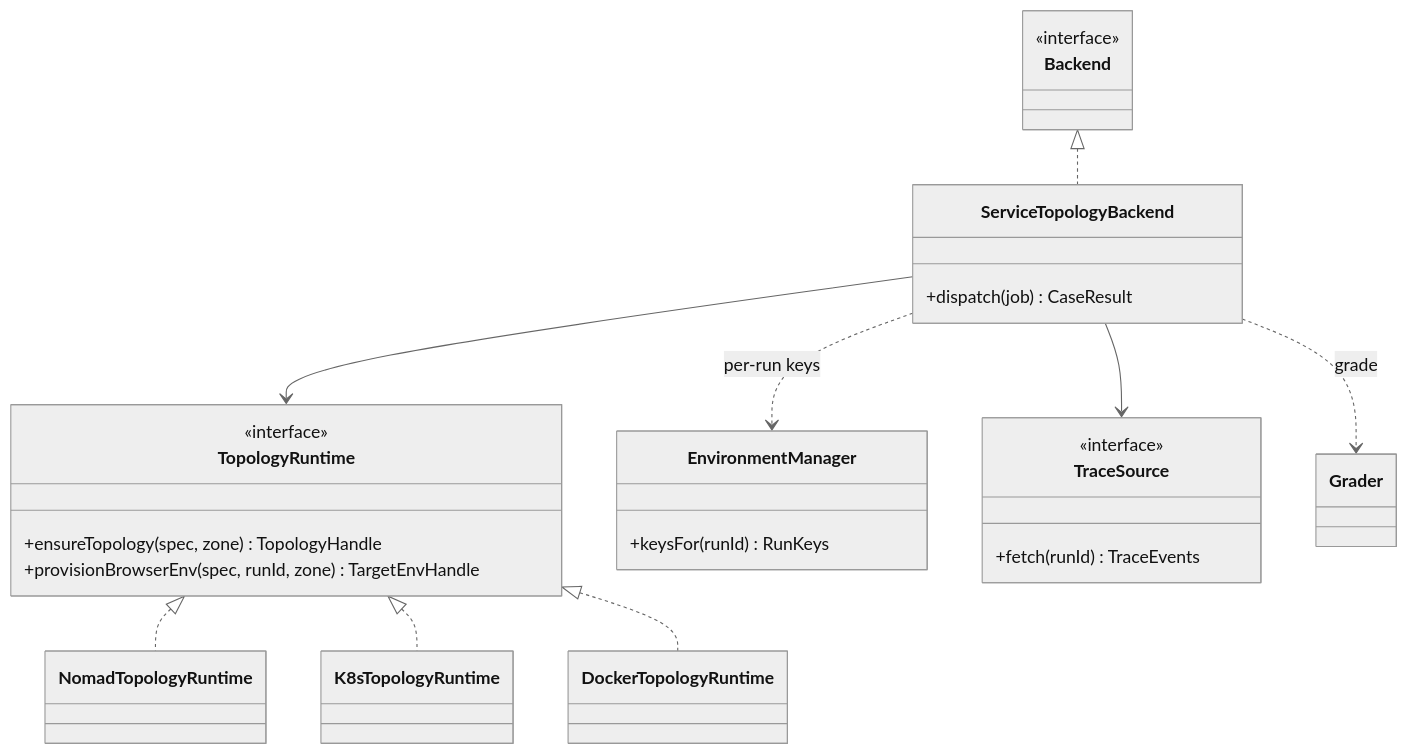
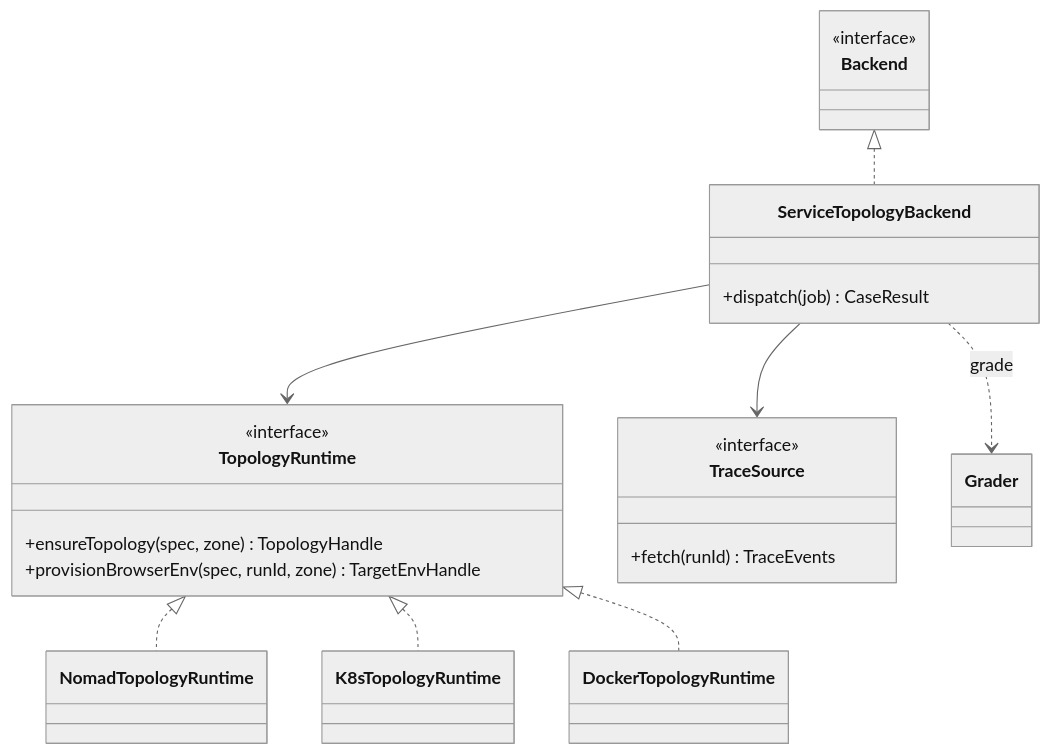
Before and after one commit to everdict/everdict: diagram 17 of 24 in docs/architecture/collaboration.md, drawn with Mermaid (neutral theme). The commit also changed other lines of this file and 334 other files, not shown here.

````diff
--- a/docs/architecture/collaboration.md
+++ b/docs/architecture/collaboration.md
@@ -766,29 +766,25 @@
 ```mermaid
 classDiagram
   class Backend {
     <<interface>>
   }
   class TopologyRuntime {
     <<interface>>
     +ensureTopology(spec, zone) TopologyHandle
     +provisionBrowserEnv(spec, runId, zone) TargetEnvHandle
   }
   class ServiceTopologyBackend {
     +dispatch(job) CaseResult
   }
-  class EnvironmentManager {
-    +keysFor(runId) RunKeys
-  }
   class TraceSource {
     <<interface>>
     +fetch(runId) TraceEvents
   }
   Backend <|.. ServiceTopologyBackend
   TopologyRuntime <|.. NomadTopologyRuntime
   TopologyRuntime <|.. K8sTopologyRuntime
   TopologyRuntime <|.. DockerTopologyRuntime
   ServiceTopologyBackend --> TopologyRuntime
   ServiceTopologyBackend --> TraceSource
   ServiceTopologyBackend ..> Grader : grade
-  ServiceTopologyBackend ..> EnvironmentManager : per-run keys
 ```
````
